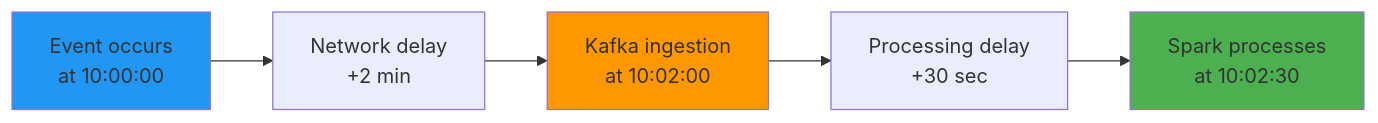
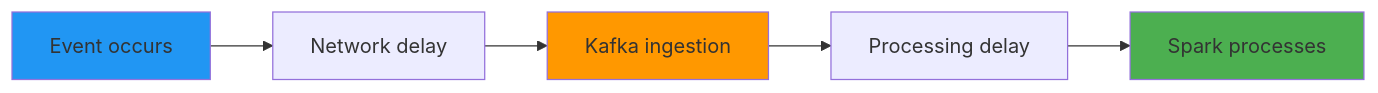
The diagram in 02-streaming-fundamentals/01-event-time-vs-processing-time.md (gcmishra7/data-engineering-helper), drawn with Mermaid before and after one commit. The commit also changed other lines of this file and 57 other files, not shown here.

First line of the commit message:
Shorten mermaid node labels to fix text truncation on GitHub

````diff
--- a/02-streaming-fundamentals/01-event-time-vs-processing-time.md
+++ b/02-streaming-fundamentals/01-event-time-vs-processing-time.md
@@ -8,9 +8,9 @@
 ```mermaid
 graph LR
-    E[Event occurs<br/>at 10:00:00] --> N[Network delay<br/>+2 min] --> K[Kafka ingestion<br/>at 10:02:00]
-    K --> P[Processing delay<br/>+30 sec] --> S[Spark processes<br/>at 10:02:30]
+    E[Event occurs] --> N[Network delay] --> K[Kafka ingestion]
+    K --> P[Processing delay] --> S[Spark processes]
 
     style E fill:#2196F3
     style K fill:#FF9800
     style S fill:#4CAF50
 ```
````
